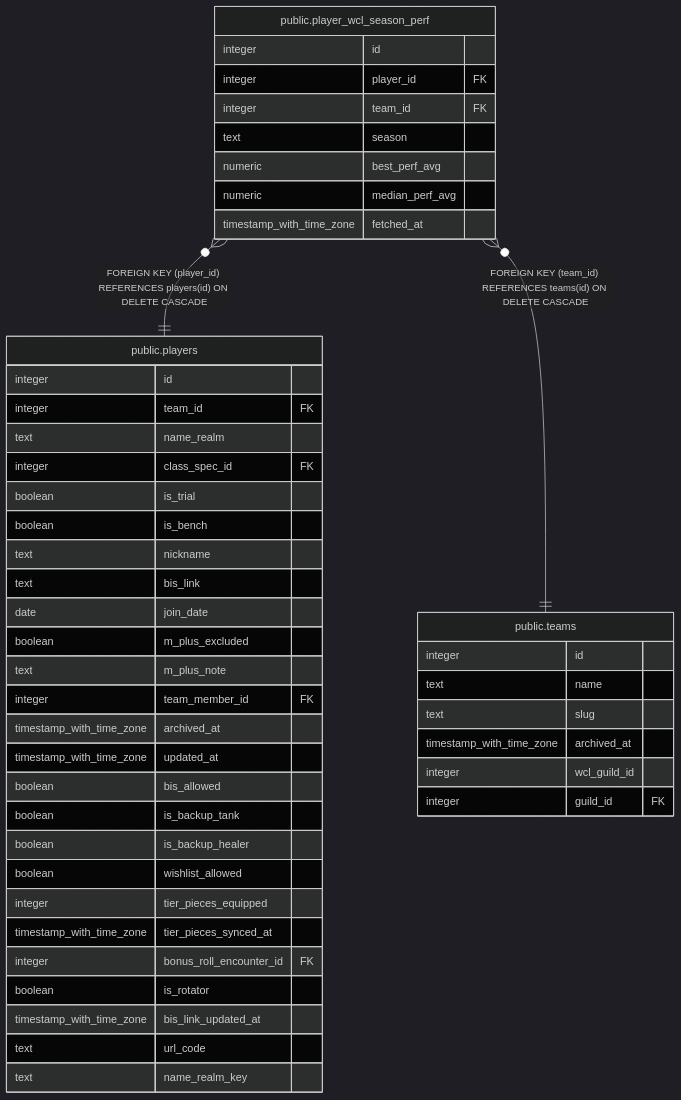
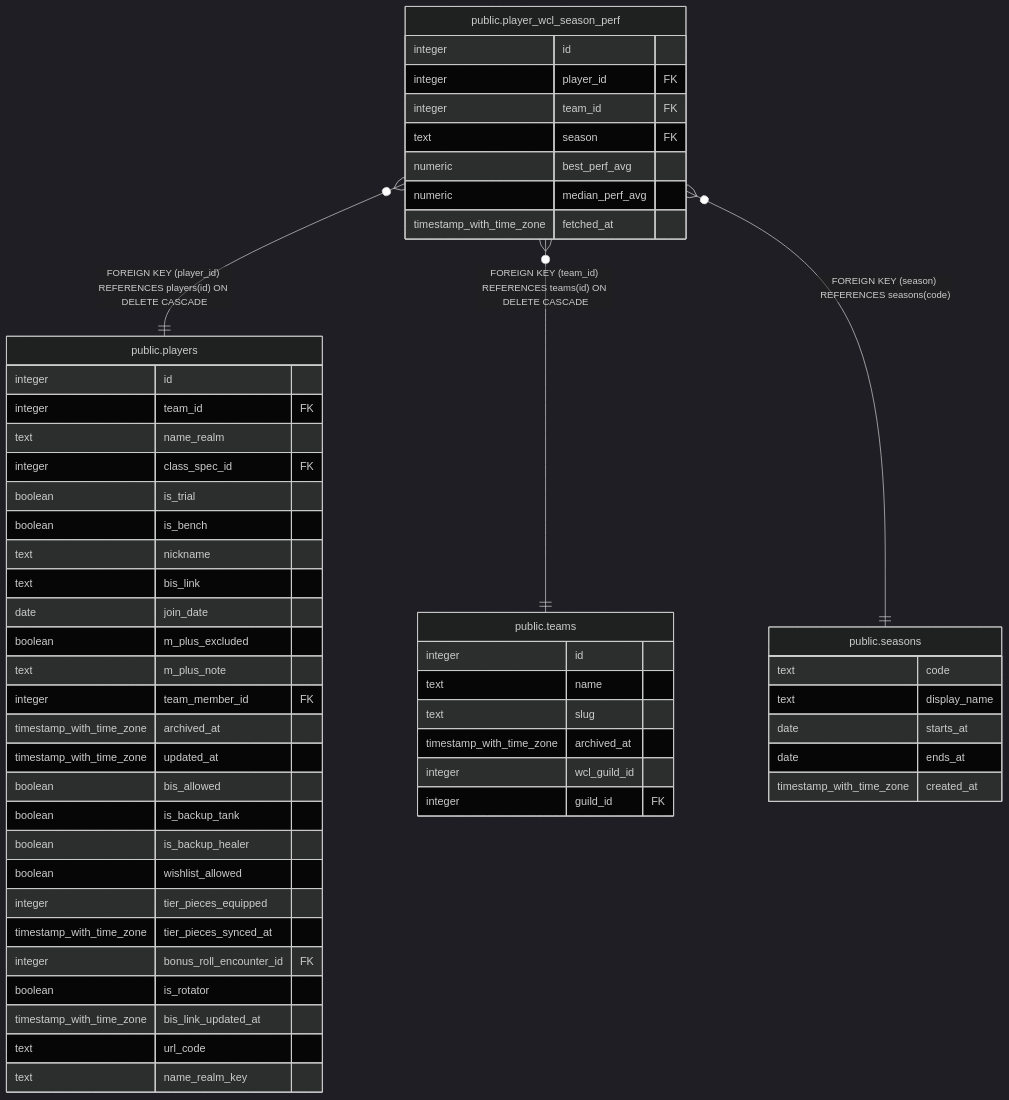
The diagram in dbdoc/public.player_wcl_season_perf.md (katogaming88/WGA-Raid-Hub), drawn with Mermaid (dark theme) before and after one commit. The commit also changed other lines of this file and 64 other files, not shown here.

First line of the commit message:
A seasons table, a foreign key on every season column, and the sync keeping the team's stamp (v3.123.0) (#1194)

````diff
--- a/dbdoc/public.player_wcl_season_perf.md
+++ b/dbdoc/public.player_wcl_season_perf.md
@@ -33,51 +34,59 @@
 ```mermaid
 erDiagram
 
 "public.player_wcl_season_perf" }o--|| "public.players" : "FOREIGN KEY (player_id) REFERENCES players(id) ON DELETE CASCADE"
 "public.player_wcl_season_perf" }o--|| "public.teams" : "FOREIGN KEY (team_id) REFERENCES teams(id) ON DELETE CASCADE"
+"public.player_wcl_season_perf" }o--|| "public.seasons" : "FOREIGN KEY (season) REFERENCES seasons(code)"
 
 "public.player_wcl_season_perf" {
   integer id
   integer player_id FK
   integer team_id FK
-  text season
+  text season FK
   numeric best_perf_avg
   numeric median_perf_avg
   timestamp_with_time_zone fetched_at
 }
 "public.players" {
   integer id
   integer team_id FK
   text name_realm
   integer class_spec_id FK
   boolean is_trial
   boolean is_bench
   text nickname
   text bis_link
   date join_date
   boolean m_plus_excluded
   text m_plus_note
   integer team_member_id FK
   timestamp_with_time_zone archived_at
   timestamp_with_time_zone updated_at
   boolean bis_allowed
   boolean is_backup_tank
   boolean is_backup_healer
   boolean wishlist_allowed
   integer tier_pieces_equipped
   timestamp_with_time_zone tier_pieces_synced_at
   integer bonus_roll_encounter_id FK
   boolean is_rotator
   timestamp_with_time_zone bis_link_updated_at
   text url_code
   text name_realm_key
 }
 "public.teams" {
   integer id
   text name
   text slug
   timestamp_with_time_zone archived_at
   integer wcl_guild_id
   integer guild_id FK
 }
+"public.seasons" {
+  text code
+  text display_name
+  date starts_at
+  date ends_at
+  timestamp_with_time_zone created_at
+}
 ```
````
